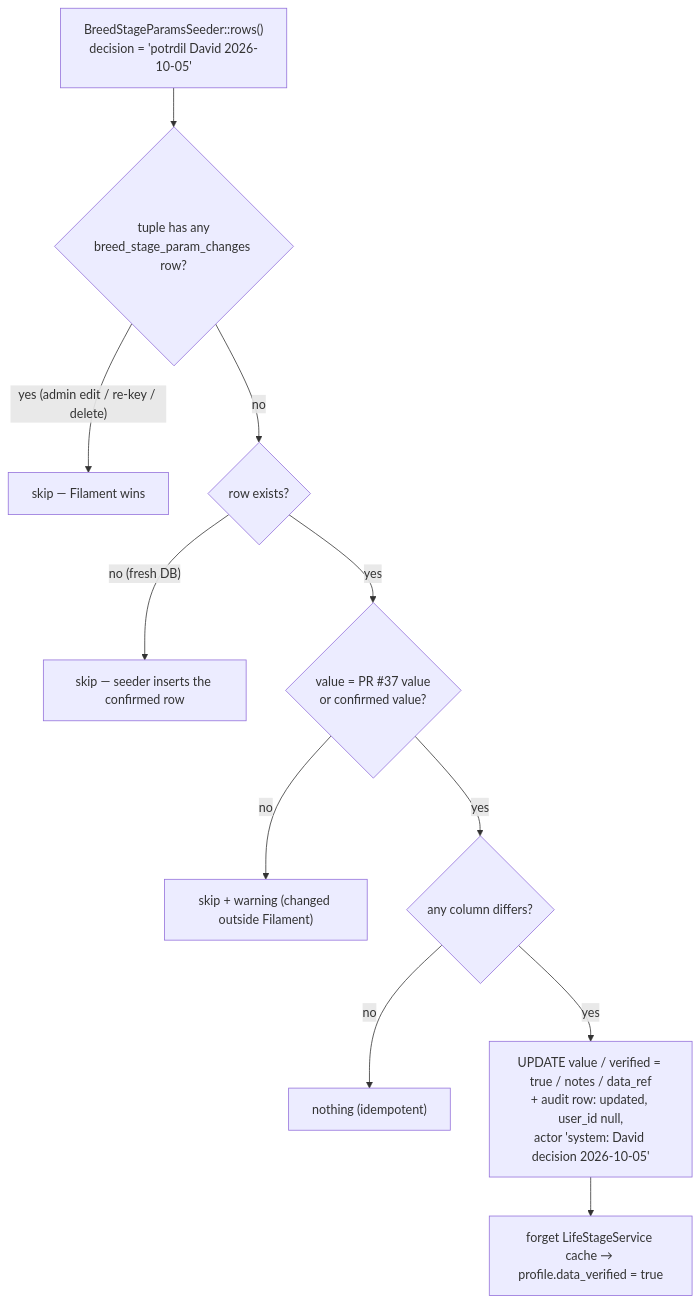
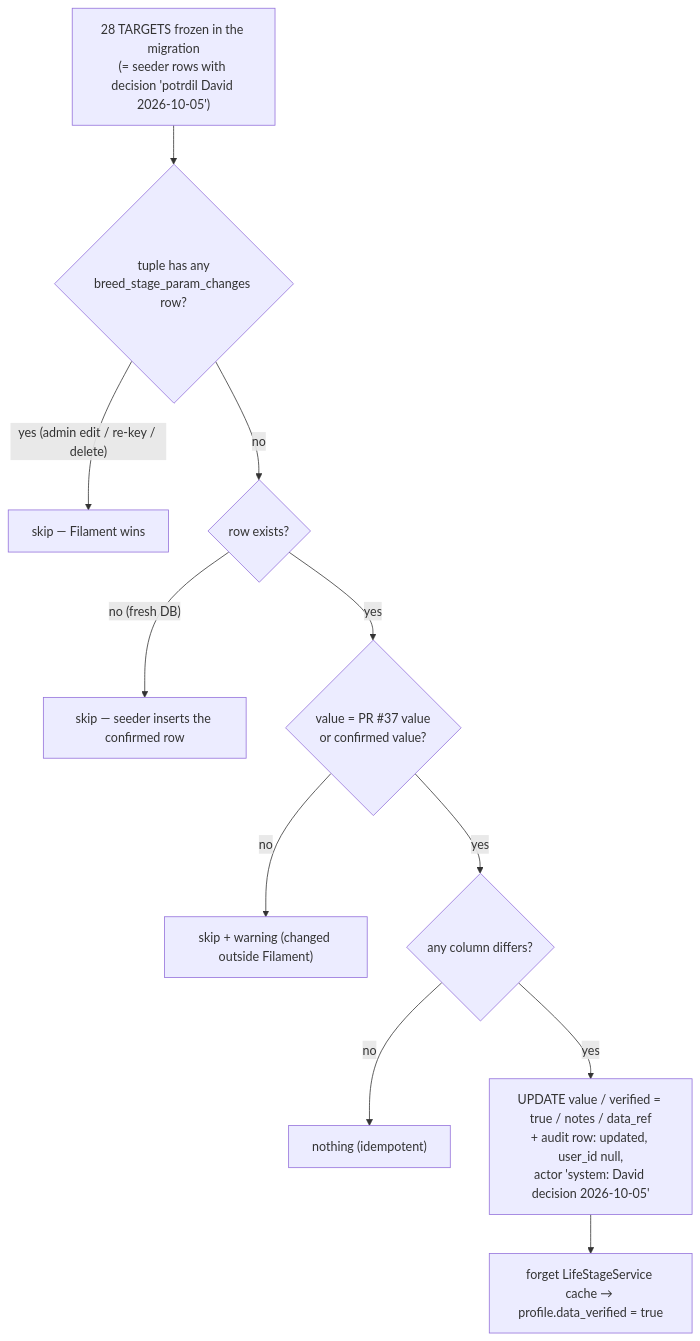
One commit to DataVallis/pet-prep changed diagram 34 of 35 in docs/engineering/DIAGRAMS.md. Above: the diagram before and after it, drawn with Mermaid. The commit also changed 7 other files, not shown here.

First line of the commit message:
fix(backend): address PR #38 review minors — actor migration, frozen targets [M5-R01]

````diff
--- a/docs/engineering/DIAGRAMS.md
+++ b/docs/engineering/DIAGRAMS.md
@@ -1060,13 +1060,13 @@
 ```mermaid
 flowchart TD
-  R["BreedStageParamsSeeder::rows()<br/>decision = 'potrdil David 2026-10-05'"] --> T{"tuple has any<br/>breed_stage_param_changes row?"}
+  R["28 TARGETS frozen in the migration<br/>(= seeder rows with decision 'potrdil David 2026-10-05')"] --> T{"tuple has any<br/>breed_stage_param_changes row?"}
   T -- "yes (admin edit / re-key / delete)" --> SK1["skip — Filament wins"]
   T -- no --> X{"row exists?"}
   X -- "no (fresh DB)" --> SK2["skip — seeder inserts the confirmed row"]
   X -- yes --> V{"value = PR #37 value<br/>or confirmed value?"}
   V -- no --> SK3["skip + warning (changed outside Filament)"]
   V -- yes --> D{"any column differs?"}
   D -- no --> SK4["nothing (idempotent)"]
   D -- yes --> U["UPDATE value / verified = true / notes / data_ref<br/>+ audit row: updated, user_id null,<br/>actor 'system: David decision 2026-10-05'"]
   U --> C["forget LifeStageService cache → profile.data_verified = true"]
 ```
````
